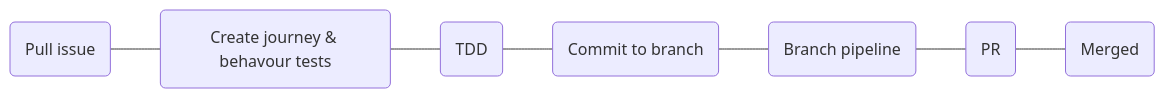
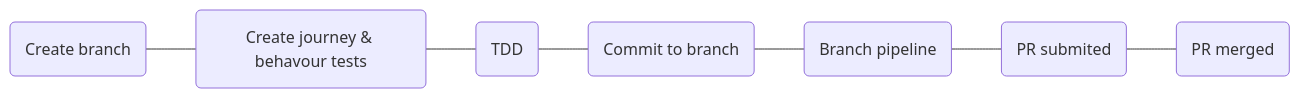
Before and after one commit to ContinuousEngineeringProject/ContinuousEngineeringProject.github.io: the third of 3 diagrams in docs/factory_pipelines.md, drawn with Mermaid.

Commit message:
docs: update the engineering pipeline diagram

````diff
--- a/docs/factory_pipelines.md
+++ b/docs/factory_pipelines.md
@@ -36,11 +36,11 @@
 ```mermaid
 flowchart LR
-  id1(Pull issue)
+  id1(Create branch)
   id2(Create journey & behavour tests)
   id3(TDD)
   id4(Commit to branch)
   id5(Branch pipeline)
-  id6(PR)
-  id7(Merged)
+  id6(PR submited)
+  id7(PR merged)
   id1 --- id2 --- id3 --- id4 --- id5 --- id6 --- id7
 ```
````
